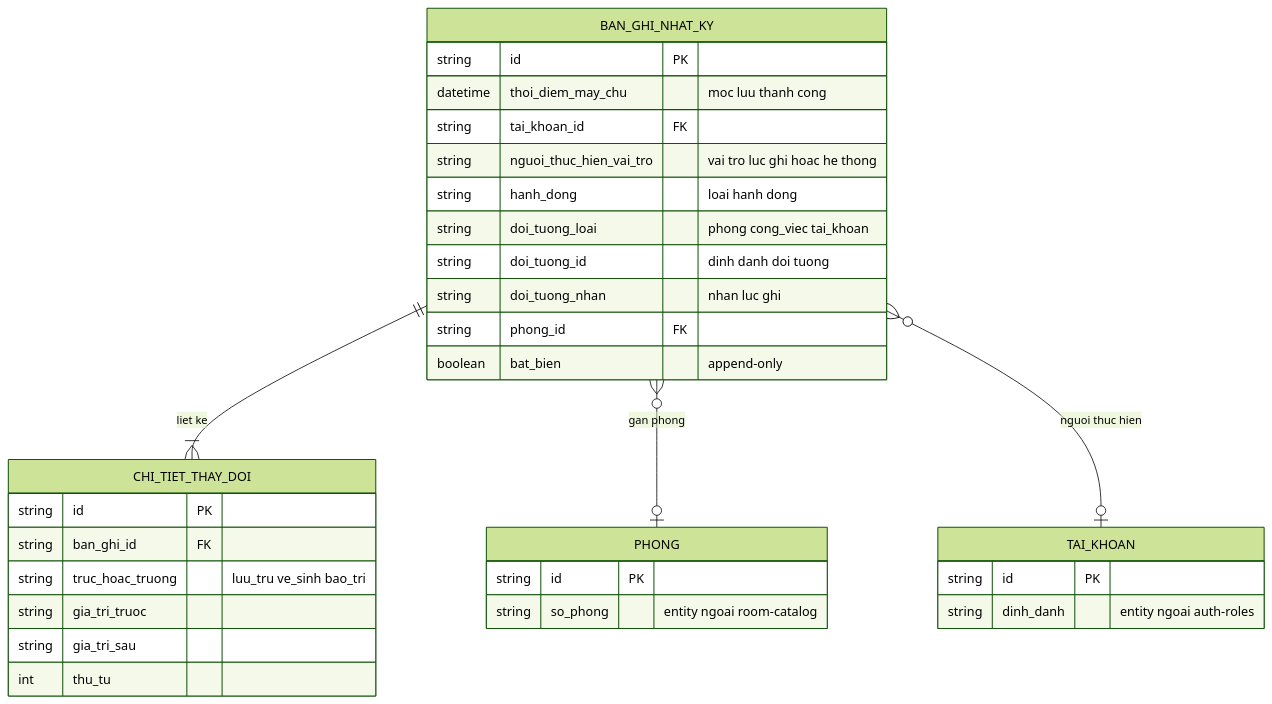
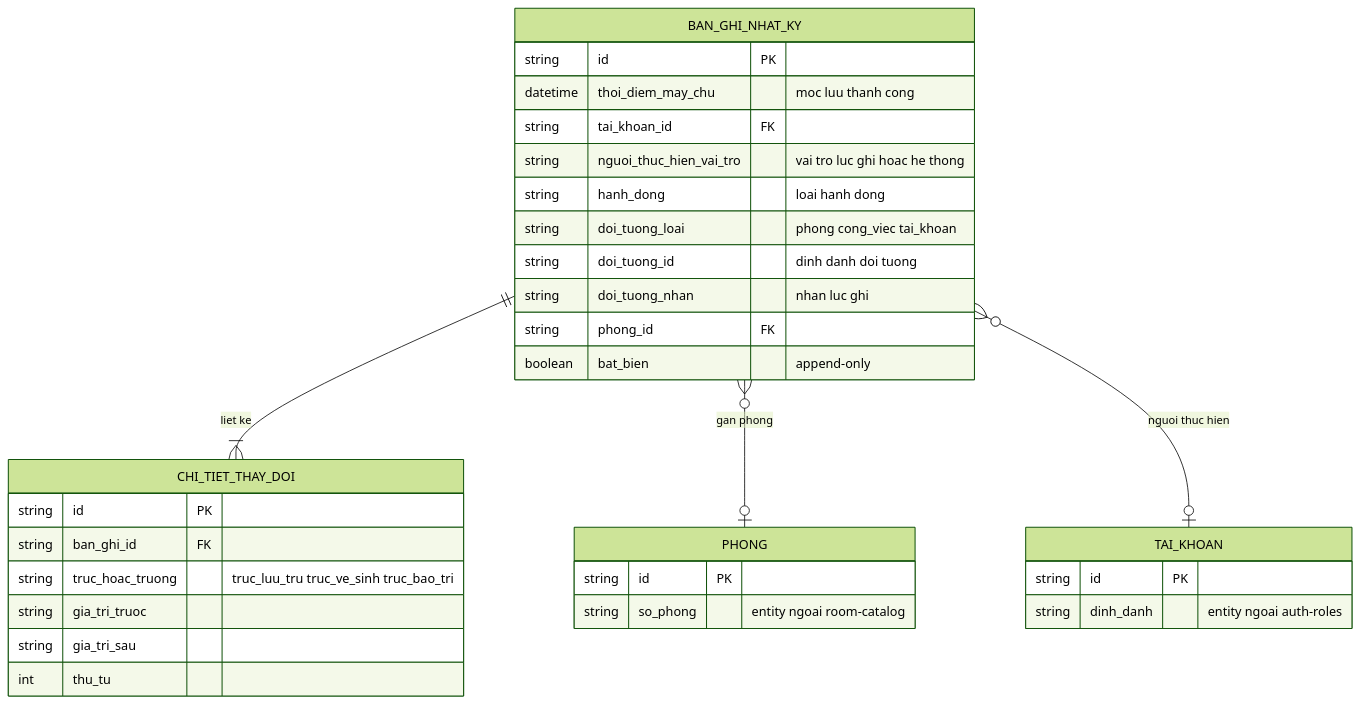
Before and after one commit to DatTran26/khachsan-di-dong: the diagram in docs/features/audit-log/srs/audit-log-erd.md, drawn with Mermaid (forest theme). The commit also changed 101 other files, not shown here.

````diff
--- a/docs/features/audit-log/srs/audit-log-erd.md
+++ b/docs/features/audit-log/srs/audit-log-erd.md
@@ -11,38 +11,38 @@
 ```mermaid
 erDiagram
     BAN_GHI_NHAT_KY ||--|{ CHI_TIET_THAY_DOI : "liet ke"
     BAN_GHI_NHAT_KY }o--o| PHONG : "gan phong"
     BAN_GHI_NHAT_KY }o--o| TAI_KHOAN : "nguoi thuc hien"
 
     BAN_GHI_NHAT_KY {
         string id PK
         datetime thoi_diem_may_chu "moc luu thanh cong"
         string tai_khoan_id FK
         string nguoi_thuc_hien_vai_tro "vai tro luc ghi hoac he thong"
         string hanh_dong "loai hanh dong"
         string doi_tuong_loai "phong cong_viec tai_khoan"
         string doi_tuong_id "dinh danh doi tuong"
         string doi_tuong_nhan "nhan luc ghi"
         string phong_id FK
         boolean bat_bien "append-only"
     }
 
     CHI_TIET_THAY_DOI {
         string id PK
         string ban_ghi_id FK
-        string truc_hoac_truong "luu_tru ve_sinh bao_tri"
+        string truc_hoac_truong "truc_luu_tru truc_ve_sinh truc_bao_tri"
         string gia_tri_truoc
         string gia_tri_sau
         int thu_tu
     }
 
     PHONG {
         string id PK
         string so_phong "entity ngoai room-catalog"
     }
 
     TAI_KHOAN {
         string id PK
         string dinh_danh "entity ngoai auth-roles"
     }
 ```
````
